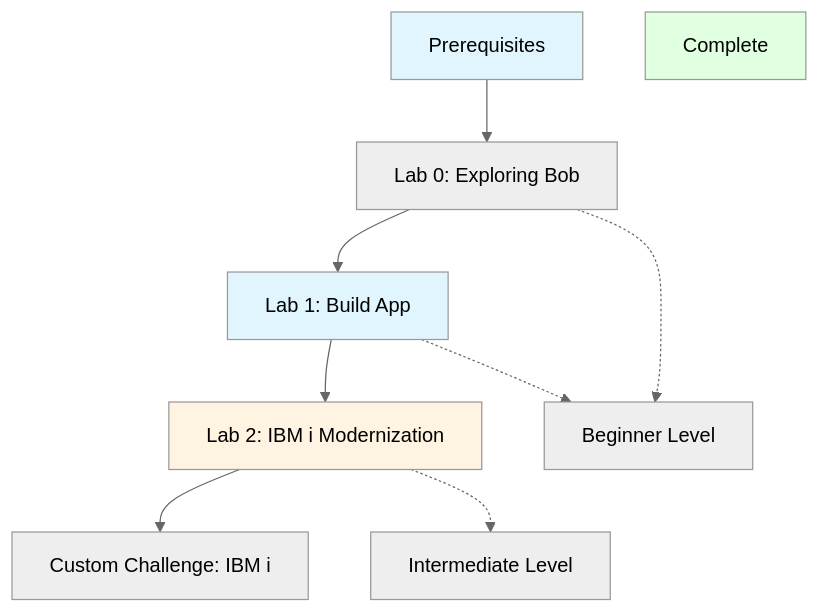
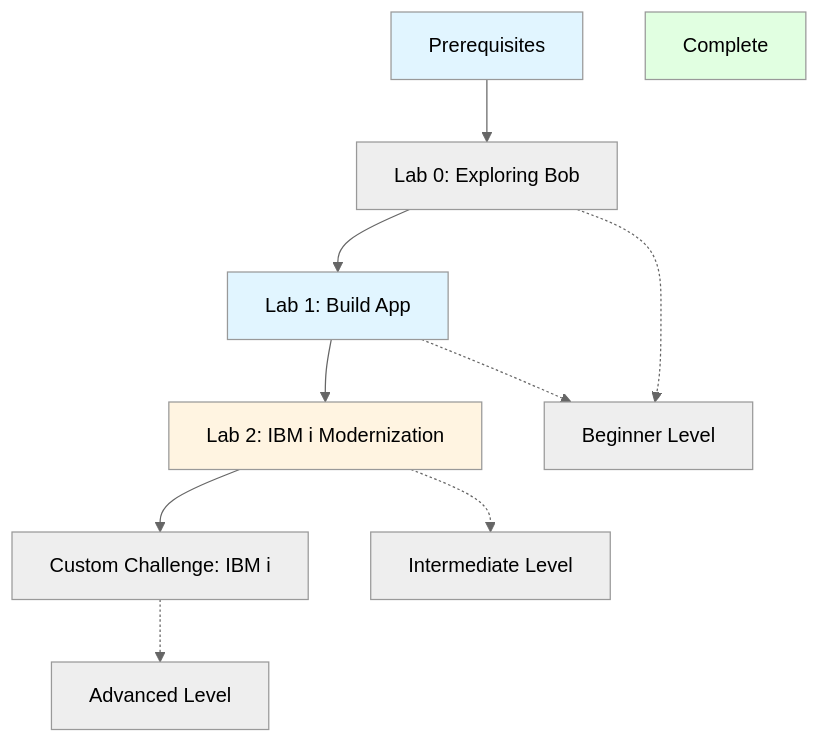
The diagram in README.md (mgiessing/bobathon-ibm-i), drawn with Mermaid (neutral theme) before and after one commit.

Commit message:
Fix mermaid diag2

````diff
--- a/README.md
+++ b/README.md
@@ -135,16 +135,17 @@
 ```mermaid
 graph TB
     Start[Prerequisites] --> L0[Lab 0: Exploring Bob]
     L0 --> L1[Lab 1: Build App]
     L1 --> L2[Lab 2: IBM i Modernization]
     L2 --> L3[Custom Challenge: IBM i]
     
     L0 -.-> Beginner[Beginner Level]
     L1 -.-> Beginner[Beginner Level]
     L2 -.-> Intermediate[Intermediate Level]
+    L3 -.-> Advanced[Advanced Level]
     
     style Start fill:#e1f5ff
     style L1 fill:#e1f5ff
     style L2 fill:#fff4e1
     style Complete fill:#e1ffe1
 ```
````
